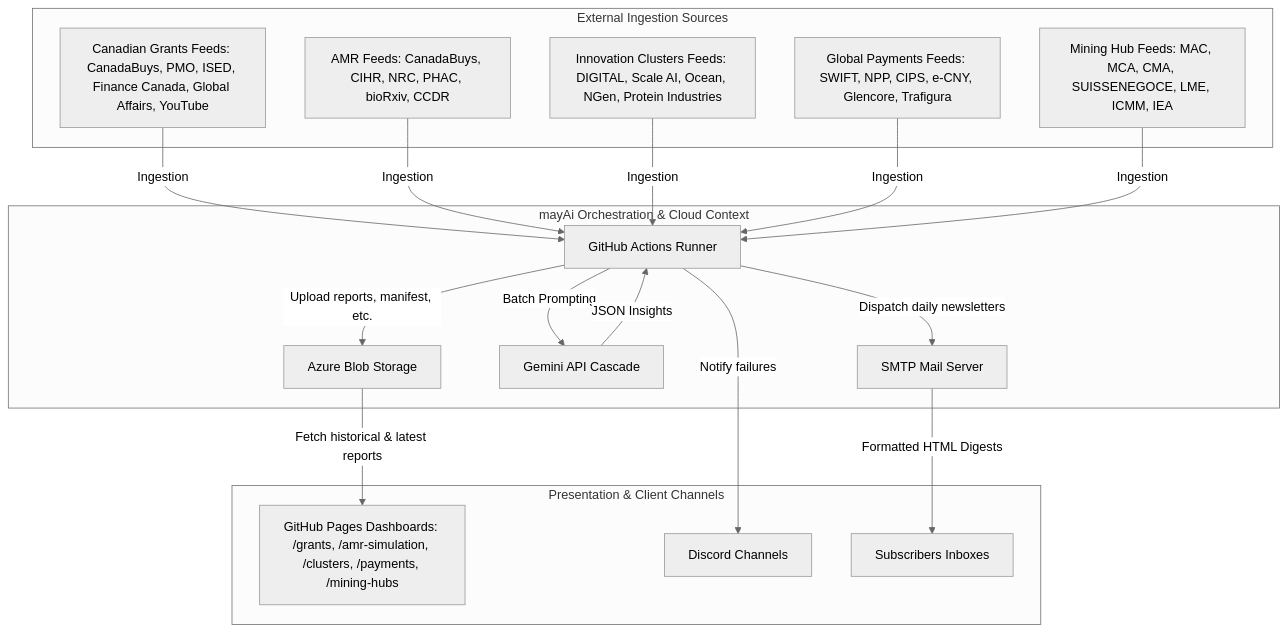
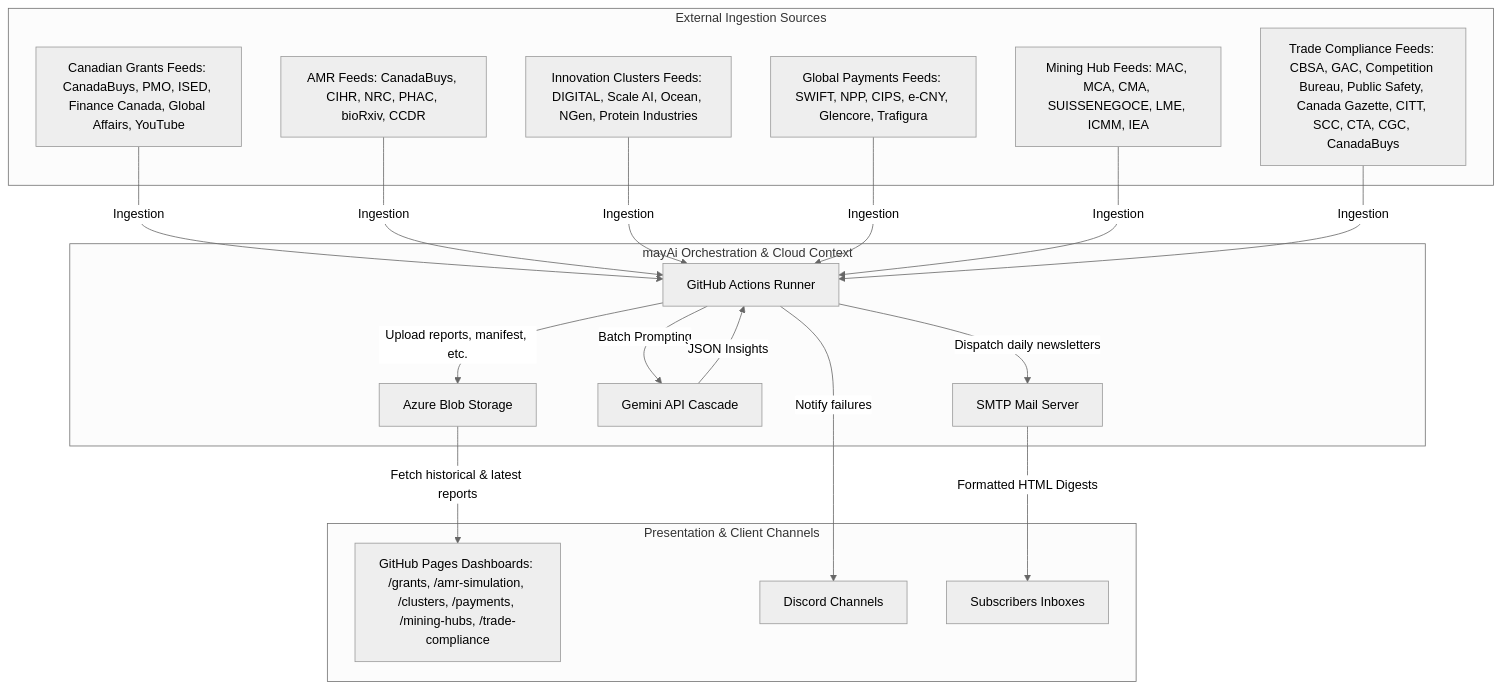
The first of 2 diagrams in docs/architecture_arc42.md (4mayAi/canadian-grant-intelligence), drawn with Mermaid (neutral theme) before and after one commit. The commit also changed other lines of this file and 2 other files, not shown here.

Commit message:
docs: Add Trade & Supply Chain Compliance arc42 architecture

````diff
--- a/docs/architecture_arc42.md
+++ b/docs/architecture_arc42.md
@@ -44,39 +45,41 @@
 ```mermaid
 graph TD
     subgraph External Ingestion Sources
         GR[Canadian Grants Feeds: CanadaBuys, PMO, ISED, Finance Canada, Global Affairs, YouTube]
         AMR[AMR Feeds: CanadaBuys, CIHR, NRC, PHAC, bioRxiv, CCDR]
         IC[Innovation Clusters Feeds: DIGITAL, Scale AI, Ocean, NGen, Protein Industries]
         GP[Global Payments Feeds: SWIFT, NPP, CIPS, e-CNY, Glencore, Trafigura]
         MH[Mining Hub Feeds: MAC, MCA, CMA, SUISSENEGOCE, LME, ICMM, IEA]
+        TC[Trade Compliance Feeds: CBSA, GAC, Competition Bureau, Public Safety, Canada Gazette, CITT, SCC, CTA, CGC, CanadaBuys]
     end
 
     subgraph mayAi Orchestration & Cloud Context
         GHA[GitHub Actions Runner]
         AB[Azure Blob Storage]
         LLM[Gemini API Cascade]
         SMTP[SMTP Mail Server]
     end
 
     subgraph Presentation & Client Channels
-        GH[GitHub Pages Dashboards: /grants, /amr-simulation, /clusters, /payments, /mining-hubs]
+        GH[GitHub Pages Dashboards: /grants, /amr-simulation, /clusters, /payments, /mining-hubs, /trade-compliance]
         DIS[Discord Channels]
         USR[Subscribers Inboxes]
     end
 
     GR -->|Ingestion| GHA
     AMR -->|Ingestion| GHA
     IC -->|Ingestion| GHA
     GP -->|Ingestion| GHA
     MH -->|Ingestion| GHA
+    TC -->|Ingestion| GHA
 
     GHA -->|Batch Prompting| LLM
     LLM -->|JSON Insights| GHA
 
     GHA -->|Upload reports, manifest, etc.| AB
     GHA -->|Notify failures| DIS
     GHA -->|Dispatch daily newsletters| SMTP
 
     AB -->|Fetch historical & latest reports| GH
     SMTP -->|Formatted HTML Digests| USR
 ```
````
